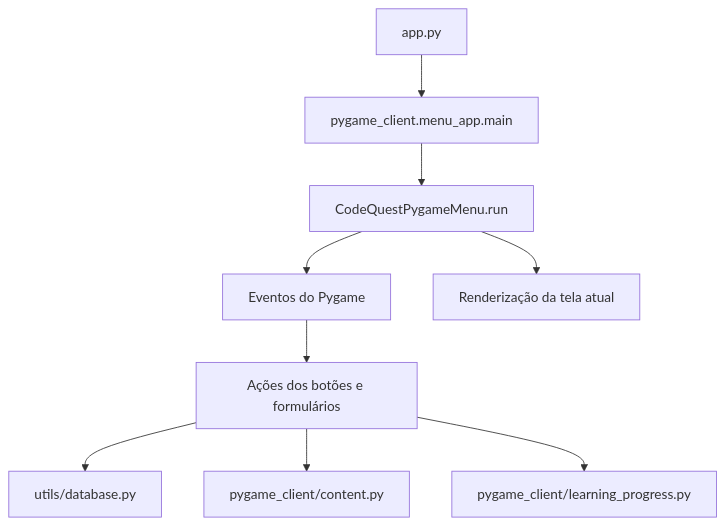
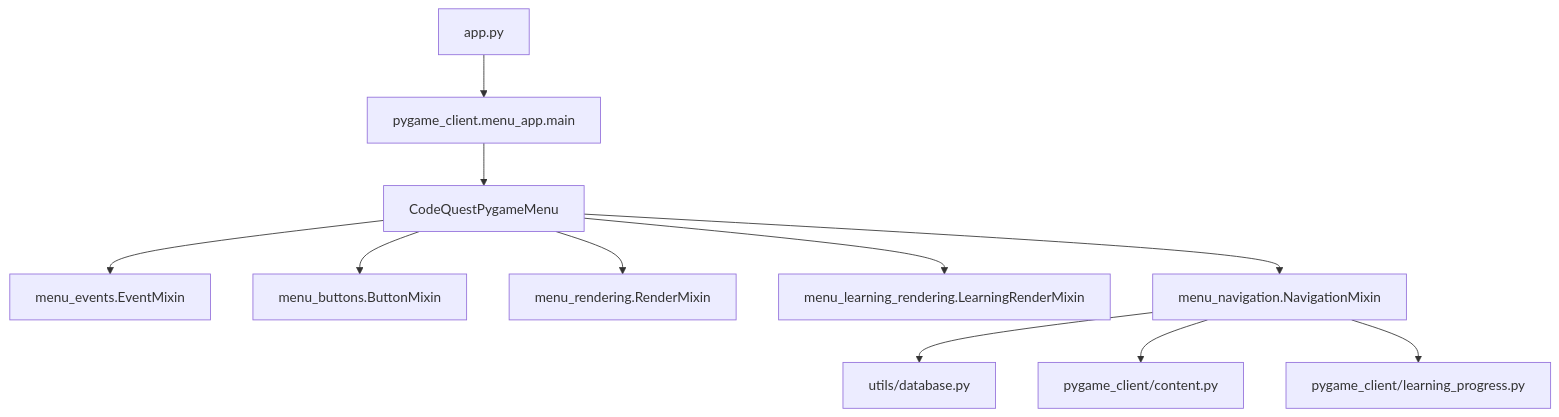
Before and after one commit to netojoseluizferreira-sys/CodeQuest: the diagram in docs/arquitetura.md, drawn with Mermaid. The commit also changed other lines of this file and 11 other files, not shown here.

````diff
--- a/docs/arquitetura.md
+++ b/docs/arquitetura.md
@@ -9,11 +9,13 @@
 ```mermaid
 flowchart TD
     A["app.py"] --> B["pygame_client.menu_app.main"]
-    B --> C["CodeQuestPygameMenu.run"]
-    C --> D["Eventos do Pygame"]
-    C --> E["Renderização da tela atual"]
-    D --> F["Ações dos botões e formulários"]
-    F --> G["utils/database.py"]
-    F --> H["pygame_client/content.py"]
-    F --> I["pygame_client/learning_progress.py"]
+    B --> C["CodeQuestPygameMenu"]
+    C --> D["menu_events.EventMixin"]
+    C --> E["menu_buttons.ButtonMixin"]
+    C --> F["menu_rendering.RenderMixin"]
+    C --> G["menu_learning_rendering.LearningRenderMixin"]
+    C --> H["menu_navigation.NavigationMixin"]
+    H --> I["utils/database.py"]
+    H --> J["pygame_client/content.py"]
+    H --> K["pygame_client/learning_progress.py"]
 ```
````
